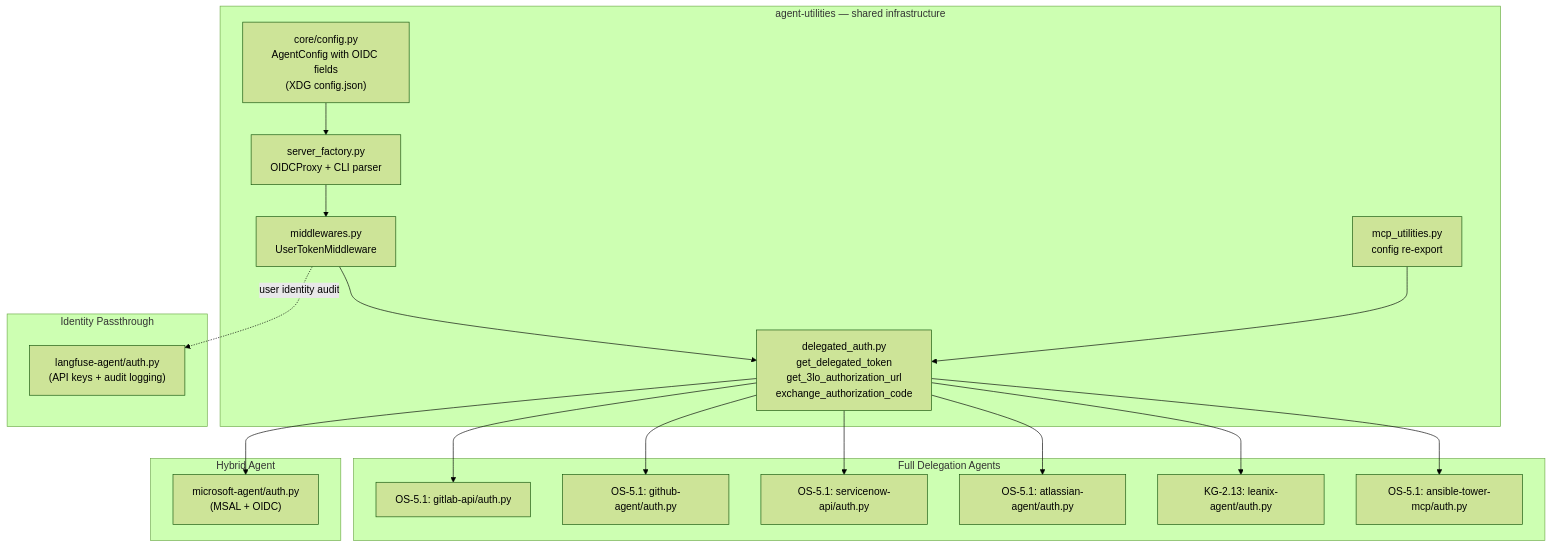
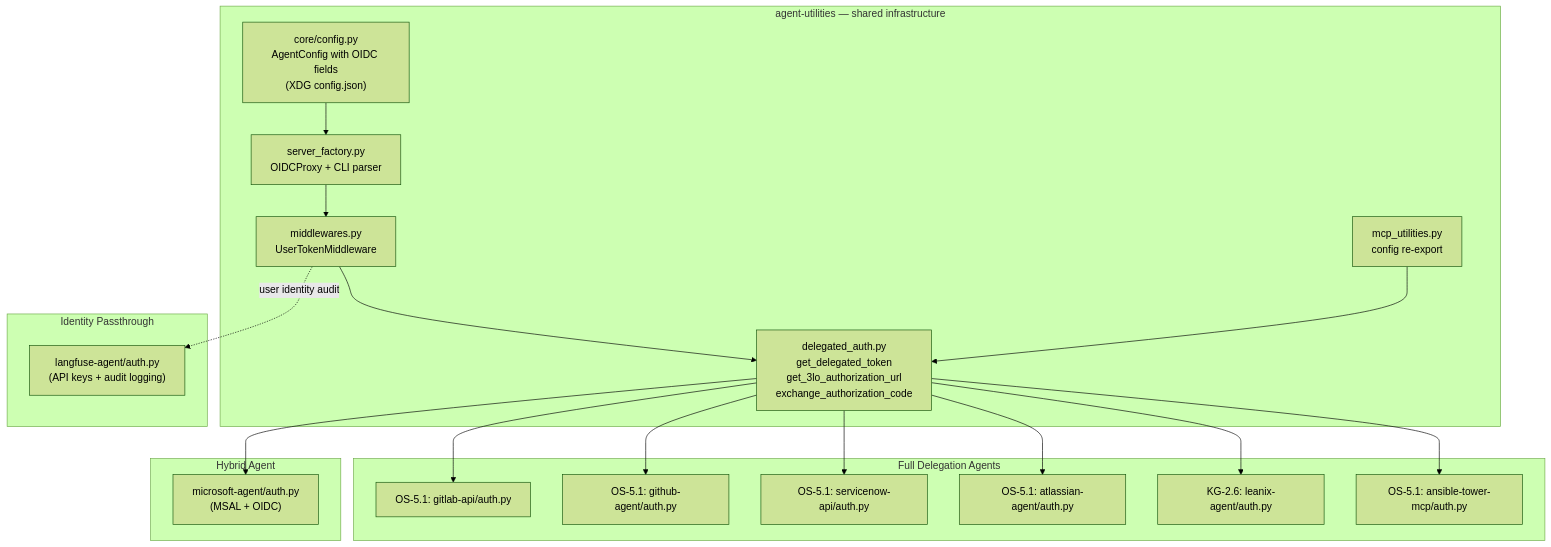
The second of 4 diagrams in docs/guides/oauth_sso.md (Knuckles-Team/agent-utilities), drawn with Mermaid (forest theme) before and after one commit. The commit also changed other lines of this file and 556 other files, not shown here.

````diff
--- a/docs/guides/oauth_sso.md
+++ b/docs/guides/oauth_sso.md
@@ -56,35 +56,35 @@
 ```mermaid
 graph TB
     subgraph "agent-utilities — shared infrastructure"
         SF["server_factory.py<br/>OIDCProxy + CLI parser"]
         MW["middlewares.py<br/>UserTokenMiddleware"]
         DA["delegated_auth.py<br/>get_delegated_token<br/>get_3lo_authorization_url<br/>exchange_authorization_code"]
         MU["mcp_utilities.py<br/>config re-export"]
         CFG["core/config.py<br/>AgentConfig with OIDC fields<br/>(XDG config.json)"]
     end
 
     subgraph "Full Delegation Agents"
         GL["OS-5.1: gitlab-api/auth.py"]
         GH["OS-5.1: github-agent/auth.py"]
         SN["OS-5.1: servicenow-api/auth.py"]
         AT["OS-5.1: atlassian-agent/auth.py"]
-        LX["KG-2.13: leanix-agent/auth.py"]
+        LX["KG-2.6: leanix-agent/auth.py"]
         AN["OS-5.1: ansible-tower-mcp/auth.py"]
     end
 
     subgraph "Hybrid Agent"
         MS["microsoft-agent/auth.py<br/>(MSAL + OIDC)"]
     end
 
     subgraph "Identity Passthrough"
         LF["langfuse-agent/auth.py<br/>(API keys + audit logging)"]
     end
 
     CFG --> SF
     SF --> MW
     MW --> DA
     MU --> DA
 
     DA --> GL & GH & SN & AT & LX & AN & MS
     MW -.->|"user identity audit"| LF
 ```
````
